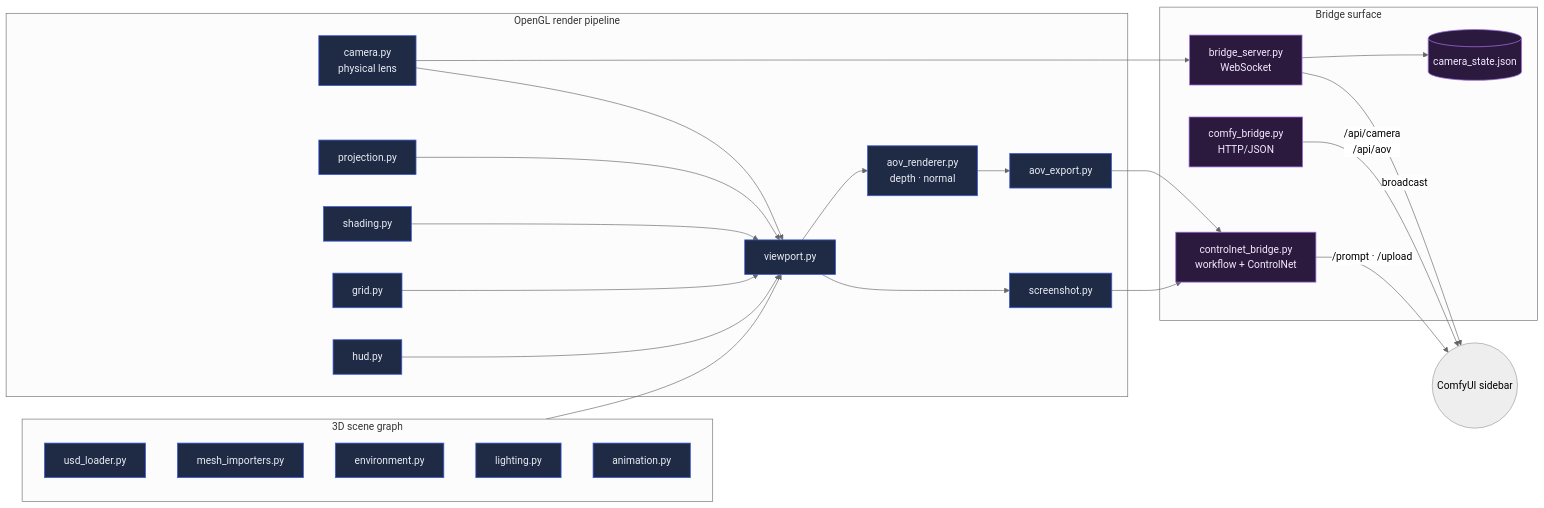
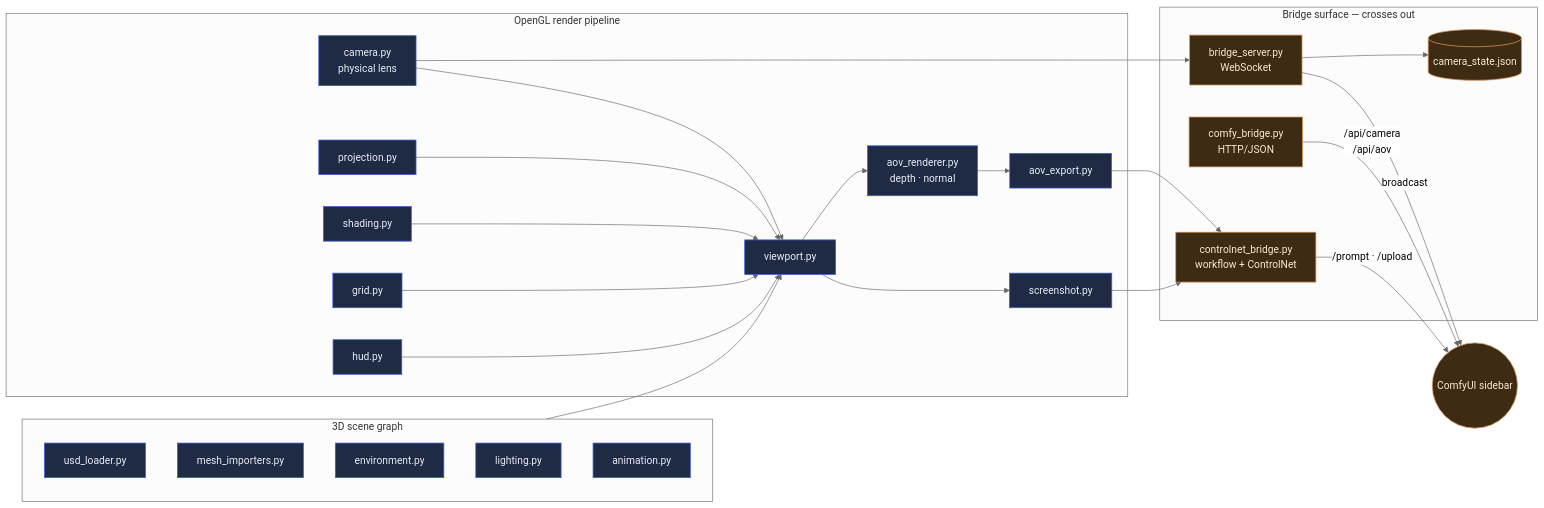
One commit to JosephOIbrahim/comfyui-3D-viewport changed the first of 2 diagrams in README.md. Above: the diagram before and after it, drawn with Mermaid (neutral theme). The commit also changed other lines of this file, not shown here.

````diff
--- a/README.md
+++ b/README.md
@@ -17,51 +23,51 @@
 ```mermaid
 flowchart LR
-    classDef viewport fill:#1f2a44,stroke:#3b5bdb,color:#e9ecf5,stroke-width:1.2px
-    classDef bridge   fill:#2c1a3e,stroke:#9c6ade,color:#f3eafe,stroke-width:1.2px
+    classDef navy  fill:#1f2a44,stroke:#3b5bdb,color:#e9ecf5,stroke-width:1.2px
+    classDef amber fill:#3d2b14,stroke:#d99458,color:#fde8cf,stroke-width:1.2px
 
     subgraph SCENE[" 3D scene graph "]
         usd[usd_loader.py]
         mesh[mesh_importers.py]
         env[environment.py]
         light[lighting.py]
         anim[animation.py]
     end
 
     subgraph RENDER[" OpenGL render pipeline "]
         cam[camera.py<br/>physical lens]
         proj[projection.py]
         shade[shading.py]
         grid[grid.py]
         hud[hud.py]
         view[viewport.py]
         aov[aov_renderer.py<br/>depth · normal]
         aovx[aov_export.py]
         shot[screenshot.py]
     end
 
-    subgraph BRIDGE[" Bridge surface "]
+    subgraph BRIDGE[" Bridge surface — crosses out "]
         srv[bridge_server.py<br/>WebSocket]
         cb[comfy_bridge.py<br/>HTTP/JSON]
         cn[controlnet_bridge.py<br/>workflow + ControlNet]
         camjson[(camera_state.json)]
     end
 
     SCENE --> view
     cam --> view
     proj --> view
     shade --> view
     grid --> view
     hud --> view
     view --> aov --> aovx
     view --> shot
     cam --> srv
     aovx --> cn
     shot --> cn
     srv --> camjson
     srv -->|broadcast| ext((ComfyUI sidebar))
     cb -->|/api/camera<br/>/api/aov| ext
     cn -->|/prompt · /upload| ext
 
-    class usd,mesh,env,light,anim,cam,proj,shade,grid,hud,view,aov,aovx,shot viewport
-    class srv,cb,cn,camjson bridge
+    class usd,mesh,env,light,anim,cam,proj,shade,grid,hud,view,aov,aovx,shot navy
+    class srv,cb,cn,camjson,ext amber
 ```
````
